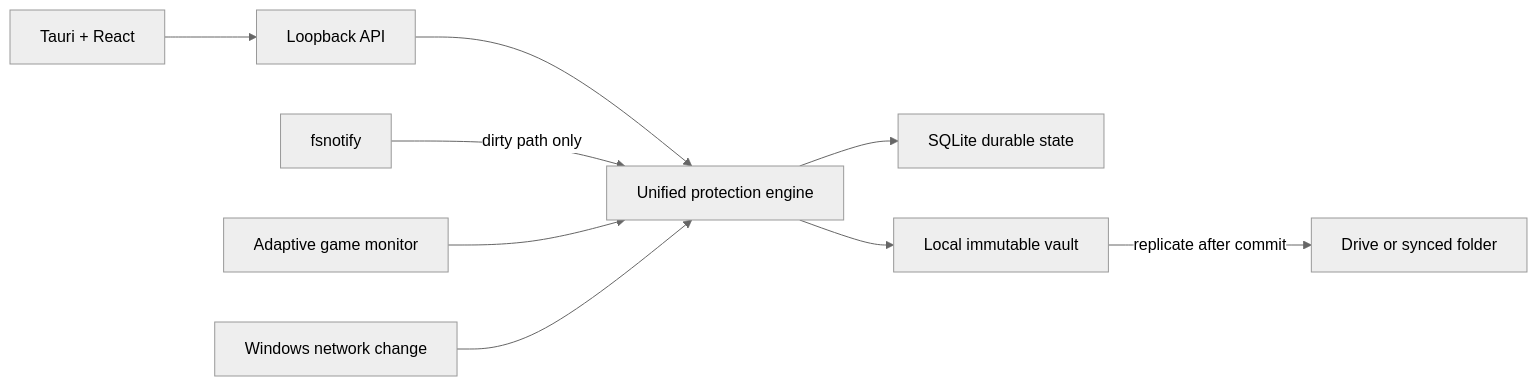
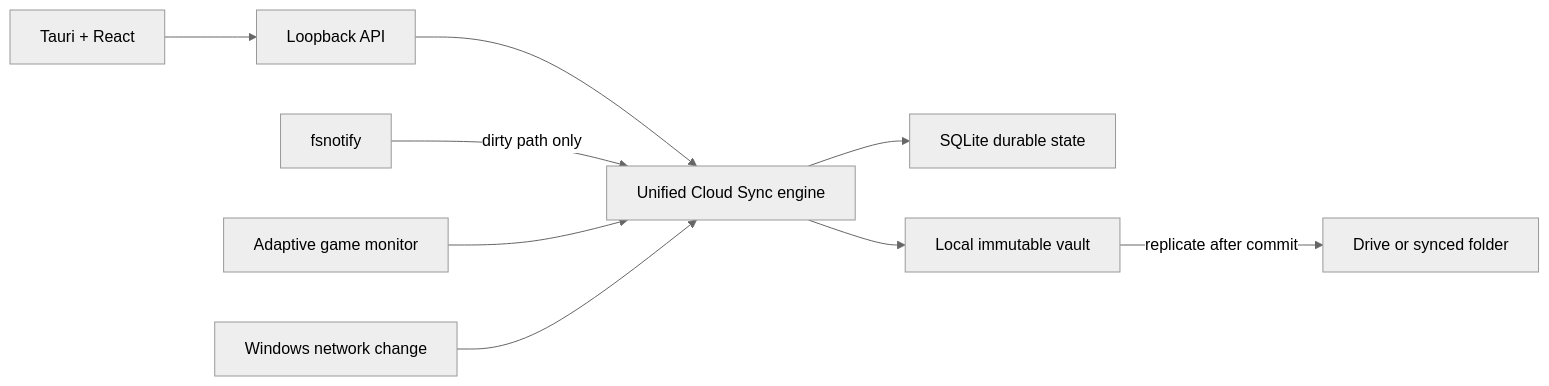
The diagram in docs/developers/ARCHITECTURE.md (nishaj0/rove), drawn with Mermaid (neutral theme) before and after one commit. The commit also changed other lines of this file and 24 other files, not shown here.

````diff
--- a/docs/developers/ARCHITECTURE.md
+++ b/docs/developers/ARCHITECTURE.md
@@ -3,11 +3,11 @@
 ```mermaid
 flowchart LR
   UI["Tauri + React"] --> API["Loopback API"]
-  API --> ENG["Unified protection engine"]
+  API --> ENG["Unified Cloud Sync engine"]
   WATCH["fsnotify"] -->|"dirty path only"| ENG
   MON["Adaptive game monitor"] --> ENG
   NET["Windows network change"] --> ENG
   ENG --> DB["SQLite durable state"]
   ENG --> LOCAL["Local immutable vault"]
   LOCAL -->|"replicate after commit"| PROVIDER["Drive or synced folder"]
 ```
````
